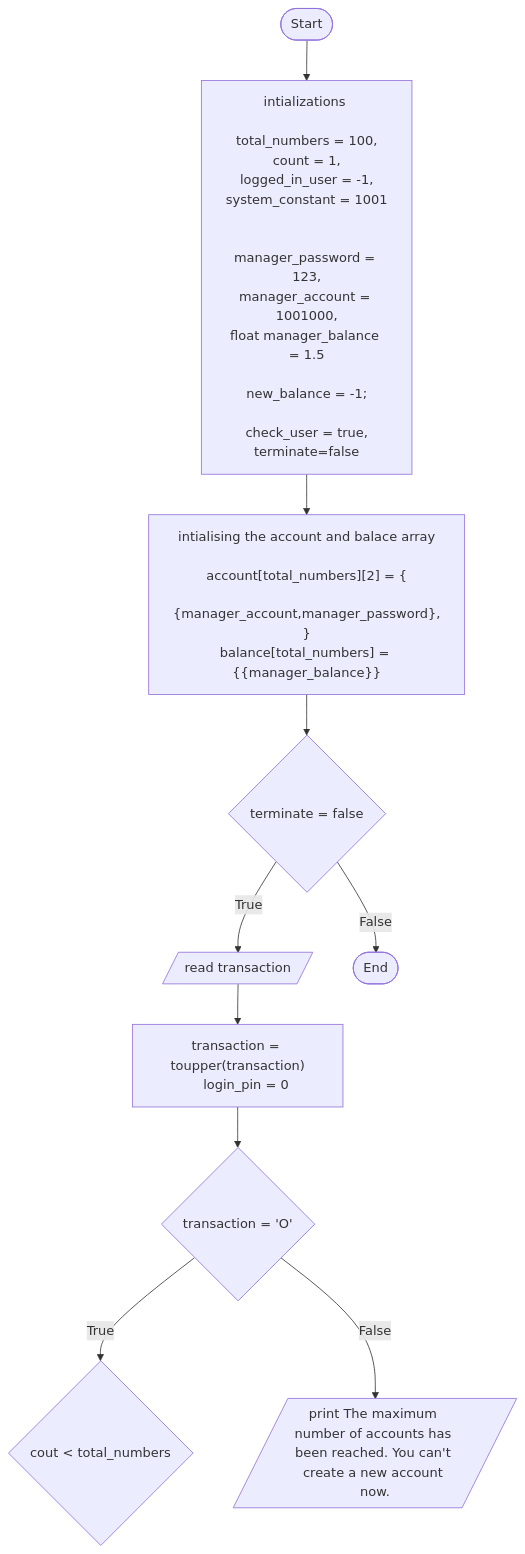
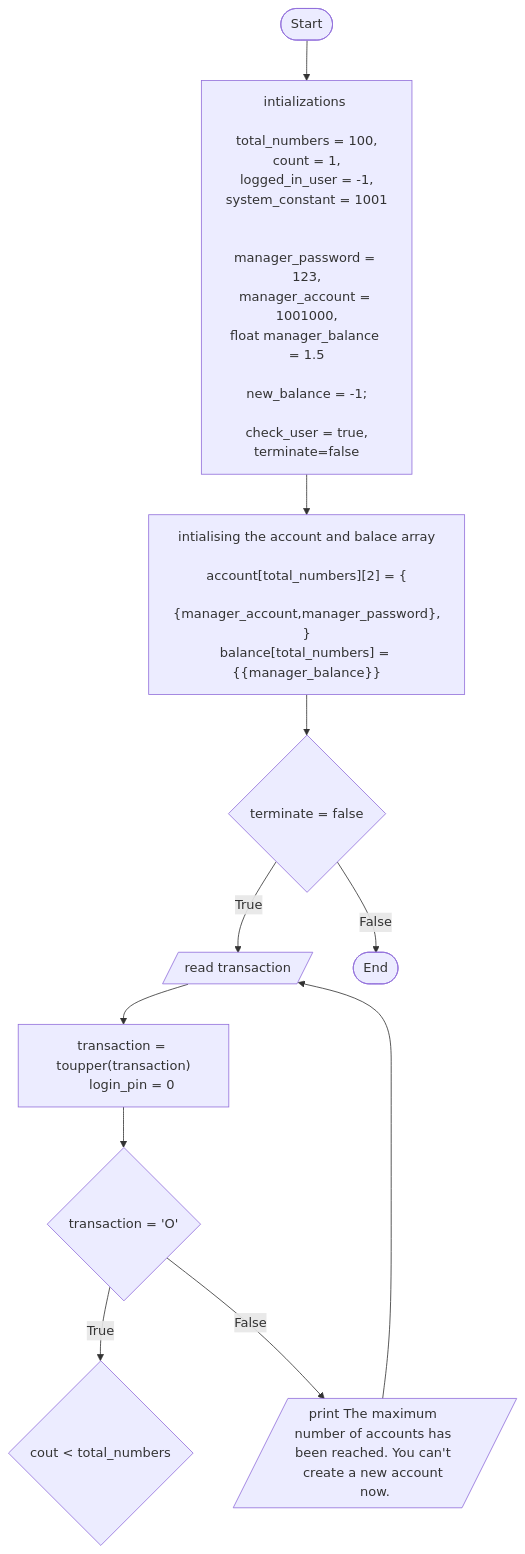
Before and after one commit to Ludis-ET/Bank-Account: the diagram in FoP I/flowchart.md, drawn with Mermaid.

Commit message:
H1 --> E

````diff
--- a/FoP I/flowchart.md
+++ b/FoP I/flowchart.md
@@ -1,49 +1,51 @@
 ```mermaid
     flowchart TD;
     A([Start])-->B["
     intializations 
 
     total_numbers = 100,
     count = 1,
     logged_in_user = -1,
     system_constant = 1001
 
 
     manager_password = 123,
     manager_account = 1001000,
     float manager_balance = 1.5
     
     new_balance = -1;
 
     check_user = true,
     terminate=false
     
     "];
 
 
     B-->C["
     
     intialising the account and balace array
 
     account[total_numbers][2] = {
         {manager_account,manager_password},
     }
     balance[total_numbers] = {{manager_balance}}
 
     "];
 
 
     C-->D{terminate = false}
     D -->|True| E[/read transaction/]
     D -->|False| E1([End]);
     E -->F["
         transaction = toupper(transaction)
         login_pin = 0
     "]
     F --> G{transaction = 'O'}
     G --> |True| H{cout < total_numbers}
     G --> |False| H1[/ print The maximum number of accounts has been reached. You can't create a new account now. /]
+    H1 --> E
+    
 
 
     
 ```
````
